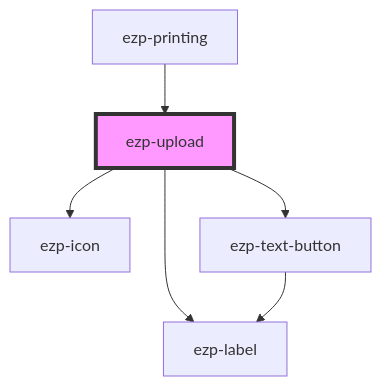
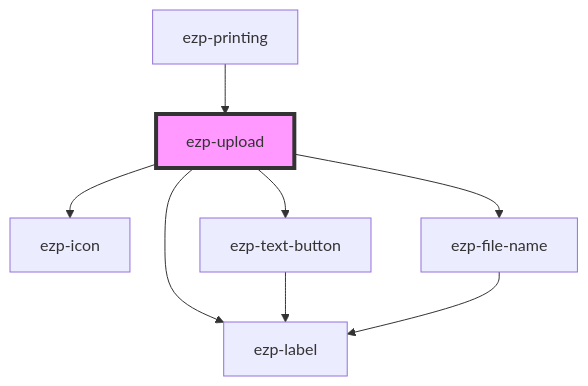
One commit to ezeep/ezeep-js changed the diagram in src/components/ezp-upload/readme.md. Above: the diagram before and after it, drawn with Mermaid. The commit also changed other lines of this file and 3 other files, not shown here.

First line of the commit message:
docs(components): regenerate readmes for ezp-file-name and isTruncated

````diff
--- a/src/components/ezp-upload/readme.md
+++ b/src/components/ezp-upload/readme.md
@@ -28,9 +29,11 @@
 ```mermaid
 graph TD;
   ezp-upload --> ezp-icon
   ezp-upload --> ezp-label
   ezp-upload --> ezp-text-button
+  ezp-upload --> ezp-file-name
   ezp-text-button --> ezp-label
+  ezp-file-name --> ezp-label
   ezp-printing --> ezp-upload
   style ezp-upload fill:#f9f,stroke:#333,stroke-width:4px
 ```
````
